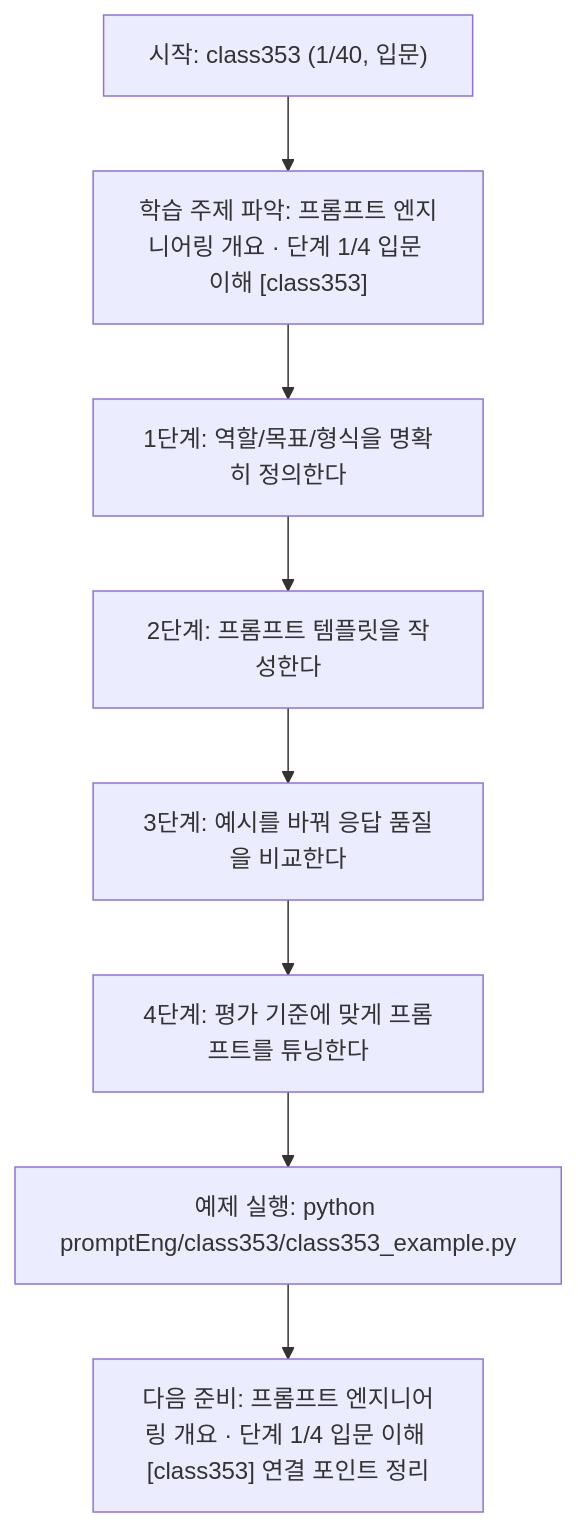
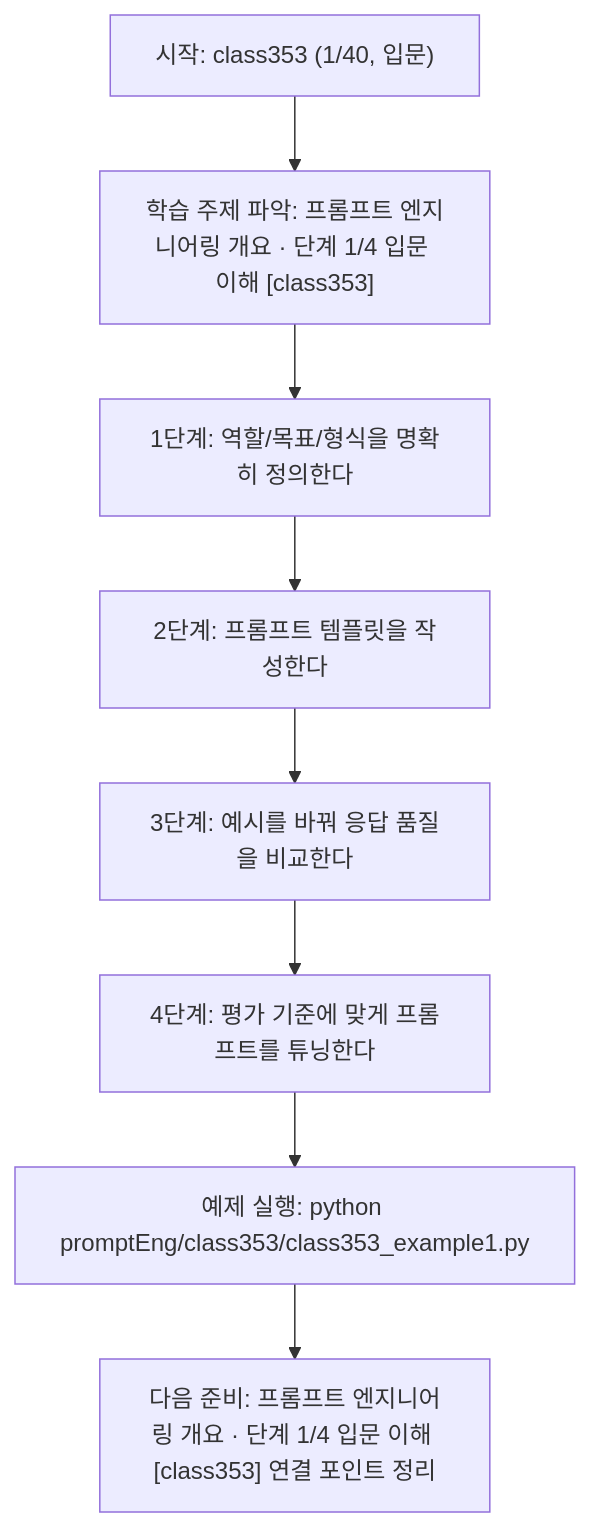
The diagram in promptEng/class353/class353.md (edumgt/Python-AI_Agent-Class), drawn with Mermaid before and after one commit. The commit also changed other lines of this file and 2959 other files, not shown here.

````diff
--- a/promptEng/class353/class353.md
+++ b/promptEng/class353/class353.md
@@ -110,18 +110,18 @@
 ```mermaid
 flowchart TD
 N1["시작: class353 (1/40, 입문)"]
 N2["학습 주제 파악: 프롬프트 엔지니어링 개요 · 단계 1/4 입문 이해 [class353]"]
 N3["1단계: 역할/목표/형식을 명확히 정의한다"]
 N4["2단계: 프롬프트 템플릿을 작성한다"]
 N5["3단계: 예시를 바꿔 응답 품질을 비교한다"]
 N6["4단계: 평가 기준에 맞게 프롬프트를 튜닝한다"]
-N7["예제 실행: python promptEng/class353/class353_example.py"]
+N7["예제 실행: python promptEng/class353/class353_example1.py"]
 N8["다음 준비: 프롬프트 엔지니어링 개요 · 단계 1/4 입문 이해 [class353] 연결 포인트 정리"]
 N1 --> N2
 N2 --> N3
 N3 --> N4
 N4 --> N5
 N5 --> N6
 N6 --> N7
 N7 --> N8
 ```
````
